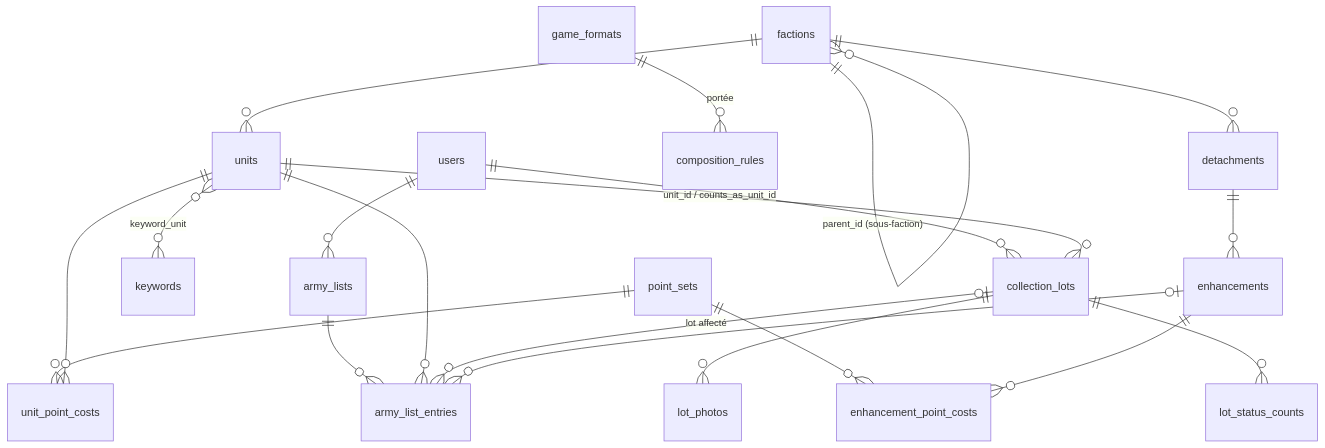
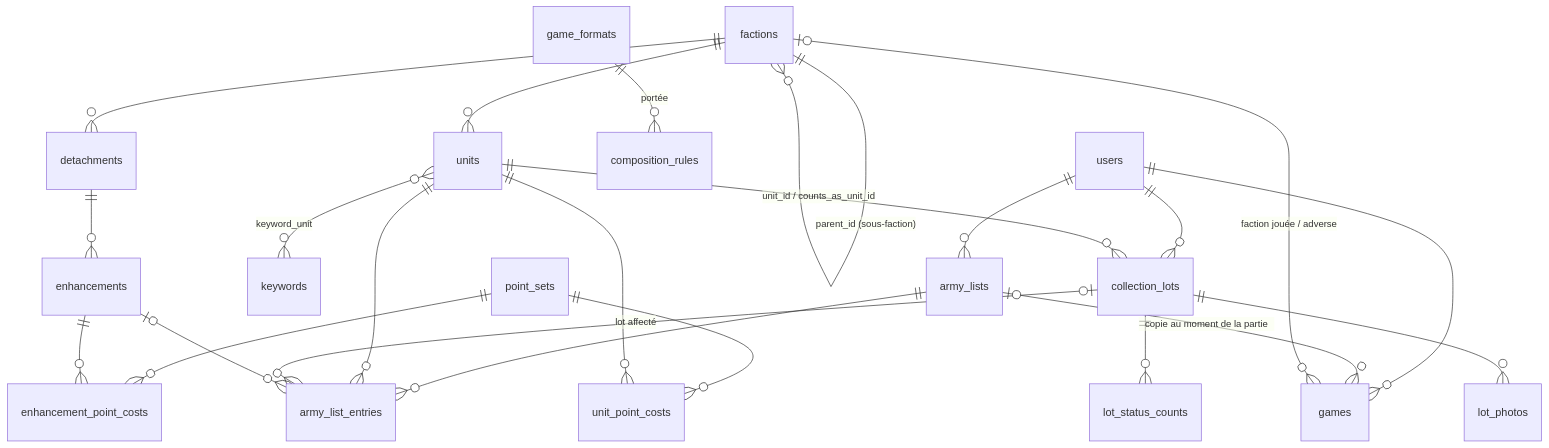
Before and after one commit to Krishn4k/W40k: the diagram in README.md, drawn with Mermaid. The commit also changed other lines of this file and 20 other files, not shown here.

````diff
--- a/README.md
+++ b/README.md
@@ -97,22 +97,25 @@
 ```mermaid
 erDiagram
     factions ||--o{ factions : "parent_id (sous-faction)"
     factions ||--o{ detachments : ""
     factions ||--o{ units : ""
     detachments ||--o{ enhancements : ""
     units }o--o{ keywords : "keyword_unit"
     point_sets ||--o{ unit_point_costs : ""
     units ||--o{ unit_point_costs : ""
     point_sets ||--o{ enhancement_point_costs : ""
     enhancements ||--o{ enhancement_point_costs : ""
     game_formats ||--o{ composition_rules : "portée"
     users ||--o{ collection_lots : ""
     units ||--o{ collection_lots : "unit_id / counts_as_unit_id"
     collection_lots ||--o{ lot_status_counts : ""
     collection_lots ||--o{ lot_photos : ""
     users ||--o{ army_lists : ""
     army_lists ||--o{ army_list_entries : ""
     units ||--o{ army_list_entries : ""
     collection_lots |o--o{ army_list_entries : "lot affecté"
     enhancements |o--o{ army_list_entries : ""
+    users ||--o{ games : ""
+    army_lists |o--o{ games : "copie au moment de la partie"
+    factions |o--o{ games : "faction jouée / adverse"
 ```
````
